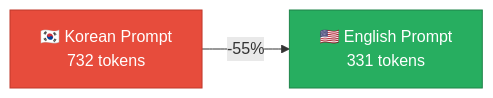
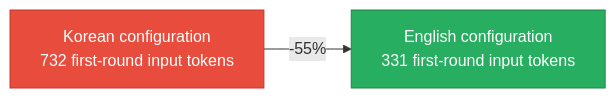
Before and after one commit to rockyRunnr/rockyRunnr.github.io: the first of 2 diagrams in _posts/2026-02-25-ollacode-prompt-optimization-benchmark.md, drawn with Mermaid. The commit also changed other lines of this file and 8 other files, not shown here.

````diff
--- a/_posts/2026-02-25-ollacode-prompt-optimization-benchmark.md
+++ b/_posts/2026-02-25-ollacode-prompt-optimization-benchmark.md
@@ -71,7 +74,7 @@
 ```mermaid
 graph LR
-    A["🇰🇷 Korean Prompt<br/>732 tokens"] -->|"-55%"| B["🇺🇸 English Prompt<br/>331 tokens"]
+    A["Korean configuration<br/>732 first-round input tokens"] -->|"-55%"| B["English configuration<br/>331 first-round input tokens"]
 
     style A fill:#e74c3c,stroke:#c0392b,color:#fff
     style B fill:#27ae60,stroke:#1e8449,color:#fff
 ```
````
